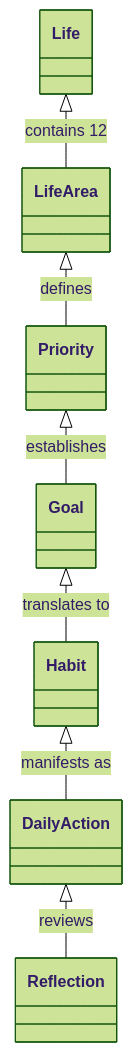
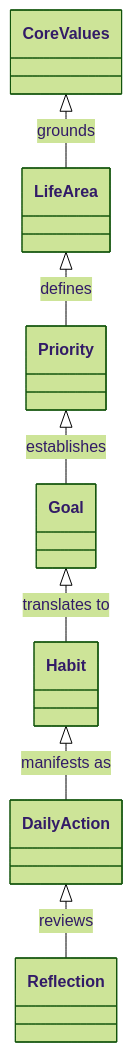
The diagram in direction/ARCHITECTURE_VISION.md (assertivecode/bona-loko), drawn with Mermaid (forest theme) before and after one commit. The commit also changed other lines of this file and 96 other files, not shown here.

````diff
--- a/direction/ARCHITECTURE_VISION.md
+++ b/direction/ARCHITECTURE_VISION.md
@@ -11,9 +11,9 @@
 ```mermaid
 classDiagram
-    Life <|-- LifeArea : contains 12
+    CoreValues <|-- LifeArea : grounds
     LifeArea <|-- Priority : defines
     Priority <|-- Goal : establishes
     Goal <|-- Habit : translates to
     Habit <|-- DailyAction : manifests as
     DailyAction <|-- Reflection : reviews
 ```
````
